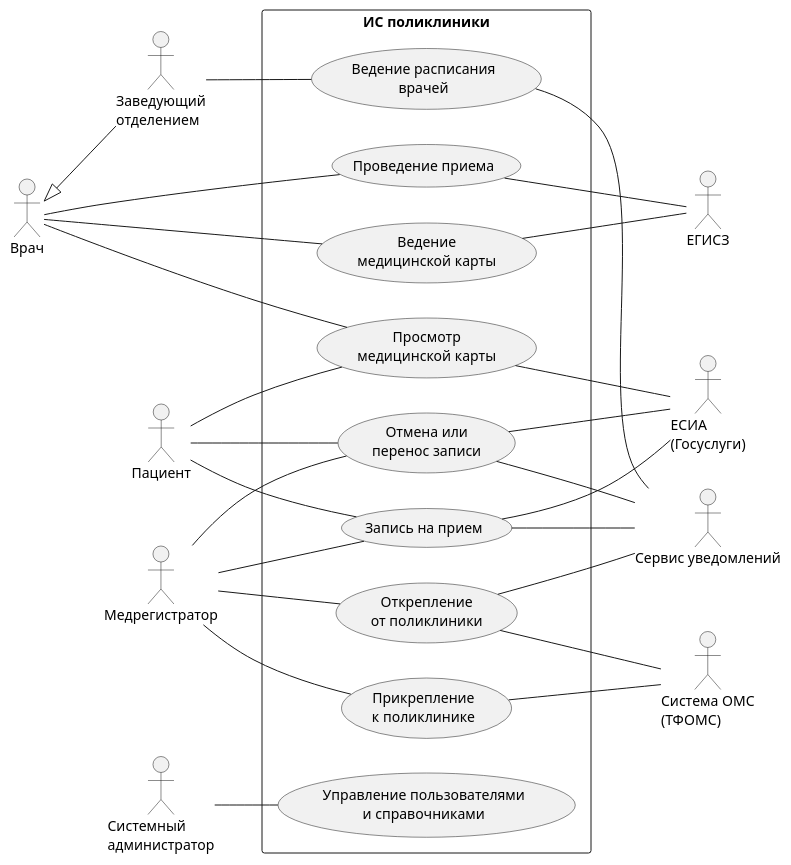
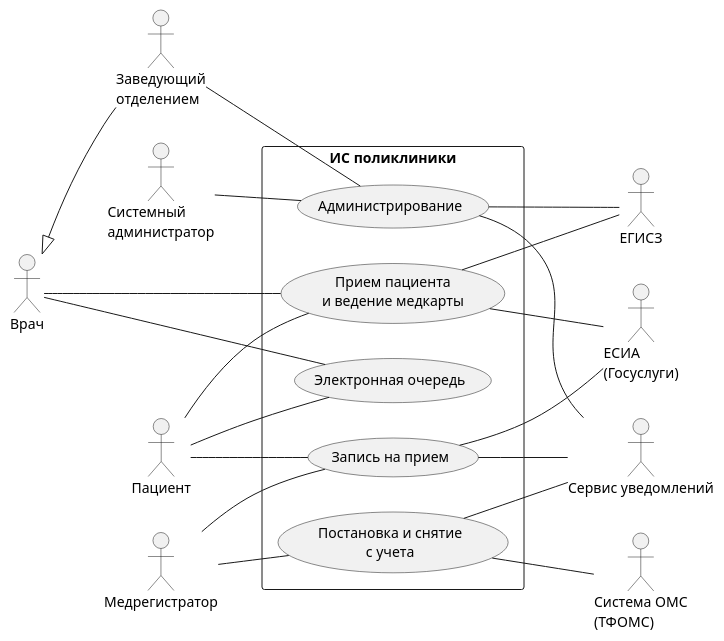
The first of 2 diagrams in Прецеденты/Диаграмма прецедентов.md (penamarth/bsbo-11-24_team3_var3_clinic), drawn with PlantUML before and after one commit. The commit also changed other lines of this file and 10 other files, not shown here.

Commit message:
5 прецедентов, электронная очередь, гайд для команды

````diff
--- a/Прецеденты/Диаграмма прецедентов.md
+++ b/Прецеденты/Диаграмма прецедентов.md
@@ -9,68 +5,57 @@
 ```plantuml
 @startuml
 skinparam packageStyle rect
 left to right direction
 
 together {
 :Врач:
 :Заведующий\nотделением:
 }
 :Пациент:
 :Медрегистратор:
 :Системный\nадминистратор:
 
 :Заведующий\nотделением: -up-|> :Врач:
 
 package "ИС поликлиники" {
 
-(Прикрепление\nк поликлинике)
-(Открепление\nот поликлиники)
+(Администрирование)
+(Прием пациента\nи ведение медкарты)
+(Электронная очередь)
 (Запись на прием)
-(Отмена или\nперенос записи)
-(Проведение приема)
-(Ведение\nмедицинской карты)
-(Просмотр\nмедицинской карты)
-(Ведение расписания\nврачей)
-(Управление пользователями\nи справочниками)
+(Постановка и снятие\nс учета)
 
 }
 
 :Пациент: -- (Запись на прием)
-:Пациент: -- (Отмена или\nперенос записи)
-:Пациент: -- (Просмотр\nмедицинской карты)
+:Пациент: -- (Электронная очередь)
+:Пациент: -- (Прием пациента\nи ведение медкарты)
 
-:Медрегистратор: -- (Прикрепление\nк поликлинике)
-:Медрегистратор: -- (Открепление\nот поликлиники)
 :Медрегистратор: -- (Запись на прием)
-:Медрегистратор: -- (Отмена или\nперенос записи)
+:Медрегистратор: -- (Постановка и снятие\nс учета)
 
-:Врач: -- (Проведение приема)
-:Врач: -- (Ведение\nмедицинской карты)
-:Врач: -- (Просмотр\nмедицинской карты)
+:Врач: -- (Электронная очередь)
+:Врач: -- (Прием пациента\nи ведение медкарты)
 
-:Заведующий\nотделением: -- (Ведение расписания\nврачей)
-
-:Системный\nадминистратор: -- (Управление пользователями\nи справочниками)
+:Заведующий\nотделением: -- (Администрирование)
+:Системный\nадминистратор: -- (Администрирование)
 
 :Система ОМС\n(ТФОМС):
 :ЕСИА\n(Госуслуги):
 :Сервис уведомлений:
 :ЕГИСЗ:
 
-(Прикрепление\nк поликлинике) -- :Система ОМС\n(ТФОМС):
-(Открепление\nот поликлиники) -- :Система ОМС\n(ТФОМС):
+(Постановка и снятие\nс учета) -- :Система ОМС\n(ТФОМС):
 
 (Запись на прием) -- :ЕСИА\n(Госуслуги):
-(Отмена или\nперенос записи) -- :ЕСИА\n(Госуслуги):
-(Просмотр\nмедицинской карты) -- :ЕСИА\n(Госуслуги):
+(Прием пациента\nи ведение медкарты) -- :ЕСИА\n(Госуслуги):
 
 (Запись на прием) -- :Сервис уведомлений:
-(Отмена или\nперенос записи) -- :Сервис уведомлений:
-(Открепление\nот поликлиники) -- :Сервис уведомлений:
-(Ведение расписания\nврачей) -- :Сервис уведомлений:
+(Постановка и снятие\nс учета) -- :Сервис уведомлений:
+(Администрирование) -- :Сервис уведомлений:
 
-(Проведение приема) -- :ЕГИСЗ:
-(Ведение\nмедицинской карты) -- :ЕГИСЗ:
+(Прием пациента\nи ведение медкарты) -- :ЕГИСЗ:
+(Администрирование) -- :ЕГИСЗ:
 
 @enduml
 ```
````
